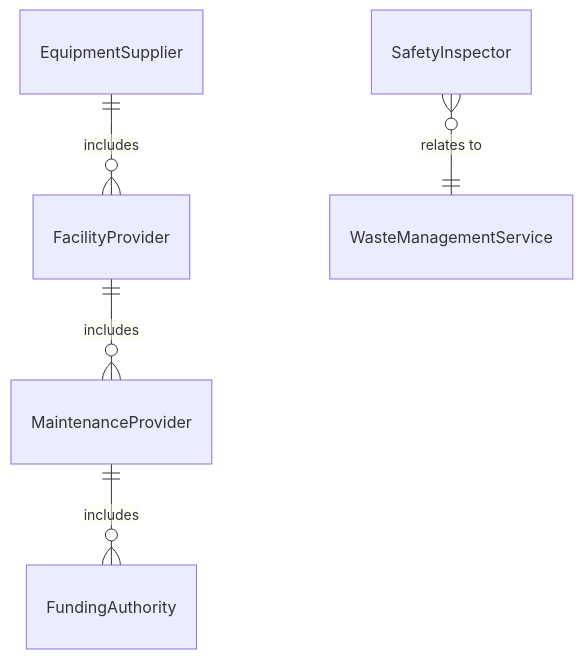
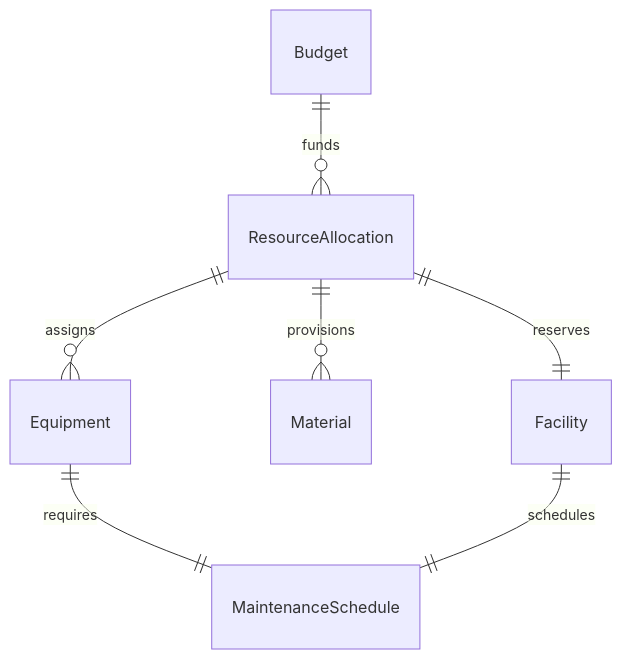
Before and after one commit to dot-org-ai/tasks.org.ai: the first of 4 diagrams in GuidingDirectingAndMotivatingSubordinates/DirectScientificOrTechnicalActivities/ManageScientificTechnicalProjectResources.mdx, drawn with Mermaid. The commit also changed other lines of this file and 515 other files, not shown here.

````diff
--- a/GuidingDirectingAndMotivatingSubordinates/DirectScientificOrTechnicalActivities/ManageScientificTechnicalProjectResources.mdx
+++ b/GuidingDirectingAndMotivatingSubordinates/DirectScientificOrTechnicalActivities/ManageScientificTechnicalProjectResources.mdx
@@ -89,7 +89,9 @@
 ```mermaid
 erDiagram
-    EquipmentSupplier ||--o{ FacilityProvider : includes
-    FacilityProvider ||--o{ MaintenanceProvider : includes
-    MaintenanceProvider ||--o{ FundingAuthority : includes
-    SafetyInspector }o--|| WasteManagementService : "relates to"
+    ResourceAllocation ||--o{ Equipment : "assigns"
+    ResourceAllocation ||--o{ Material : "provisions"
+    ResourceAllocation ||--|| Facility : "reserves"
+    Budget ||--o{ ResourceAllocation : "funds"
+    Equipment ||--|| MaintenanceSchedule : "requires"
+    Facility ||--|| MaintenanceSchedule : "schedules"
 ```
````
